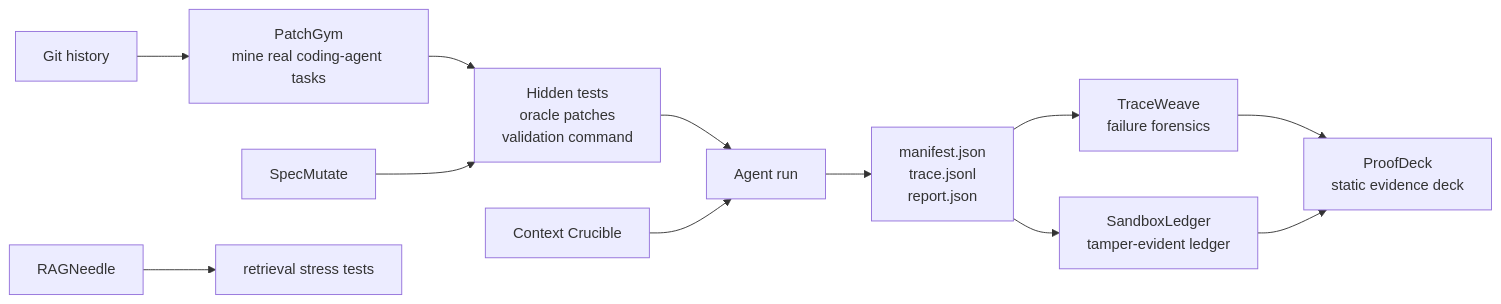
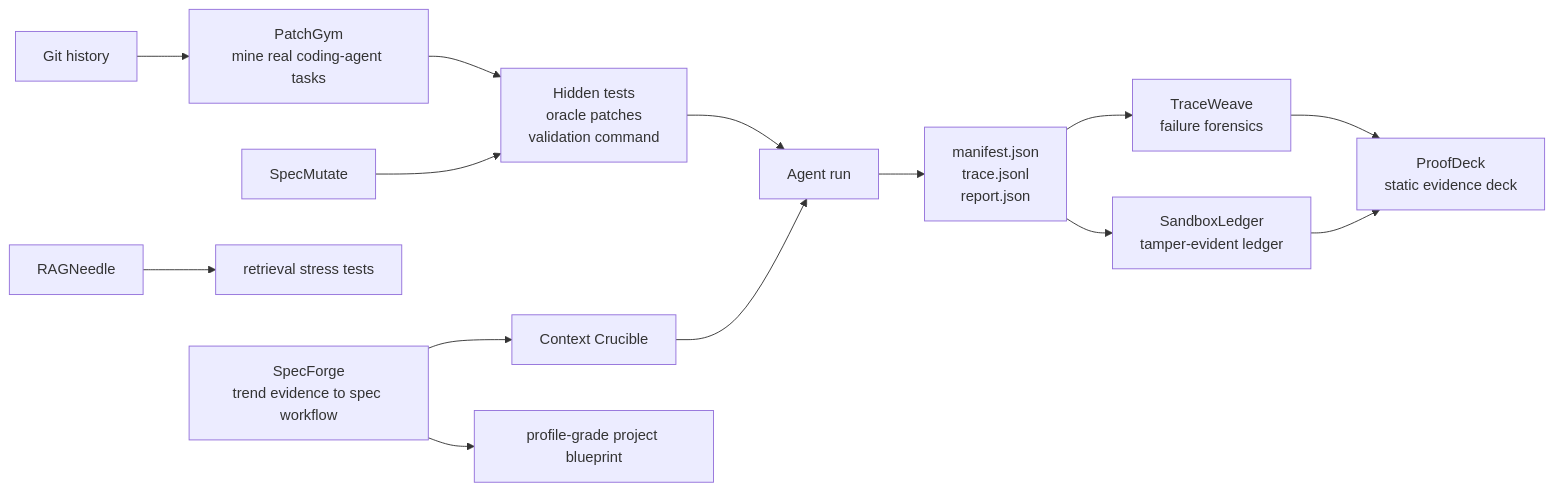
Before and after one commit to nripankadas07/nripankadas07: the diagram in README.md, drawn with Mermaid. The commit also changed other lines of this file, not shown here.

Commit message:
Feature SpecForge on profile

````diff
--- a/README.md
+++ b/README.md
@@ -17,14 +17,16 @@
 ```mermaid
 flowchart LR
   A["Git history"] --> B["PatchGym<br/>mine real coding-agent tasks"]
   B --> C["Hidden tests<br/>oracle patches<br/>validation command"]
   C --> D["Agent run"]
   D --> E["manifest.json<br/>trace.jsonl<br/>report.json"]
   E --> F["TraceWeave<br/>failure forensics"]
   E --> G["SandboxLedger<br/>tamper-evident ledger"]
   F --> L["ProofDeck<br/>static evidence deck"]
   G --> L
   H["Context Crucible"] --> D
   I["SpecMutate"] --> C
   J["RAGNeedle"] --> K["retrieval stress tests"]
+  M["SpecForge<br/>trend evidence to spec workflow"] --> N["profile-grade project blueprint"]
+  M --> H
 ```
````
